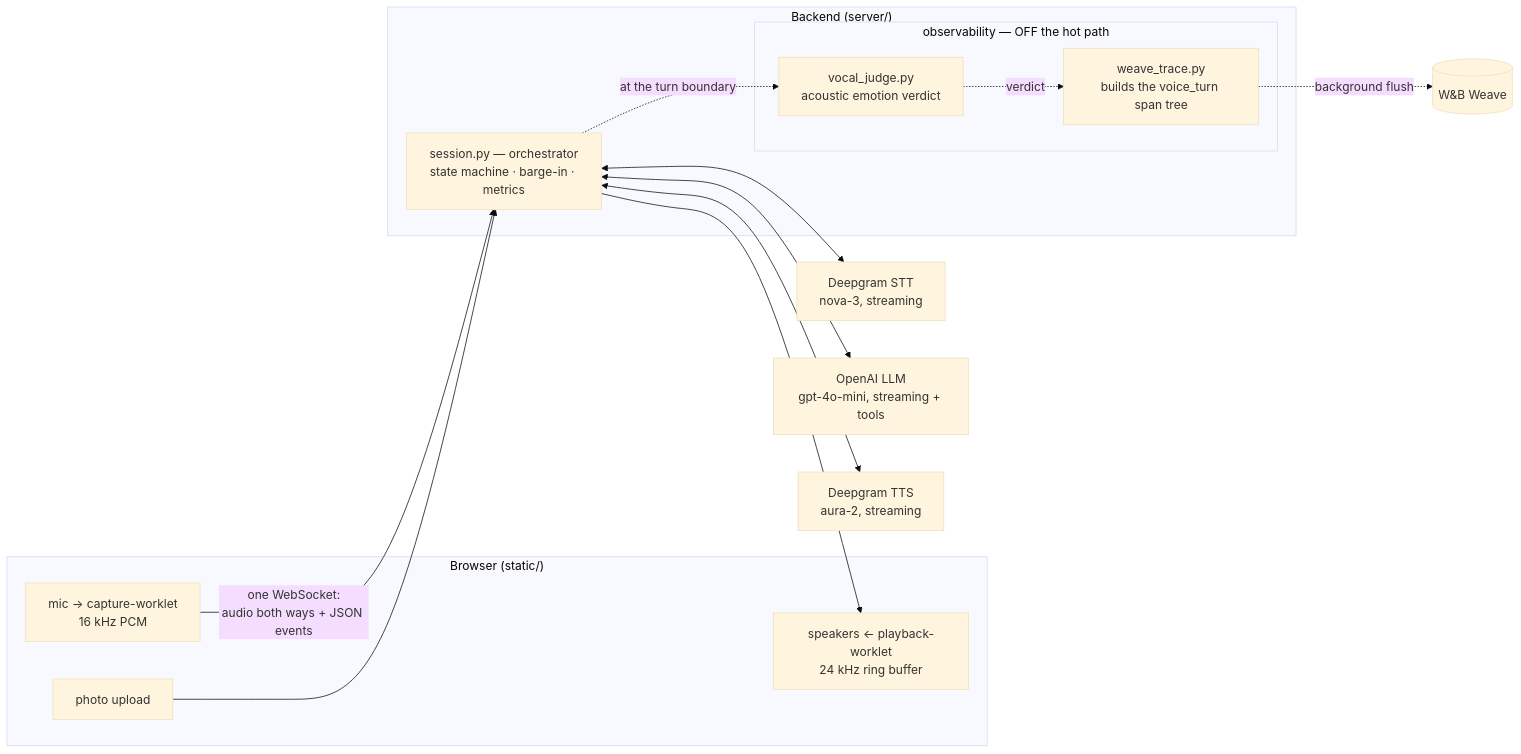
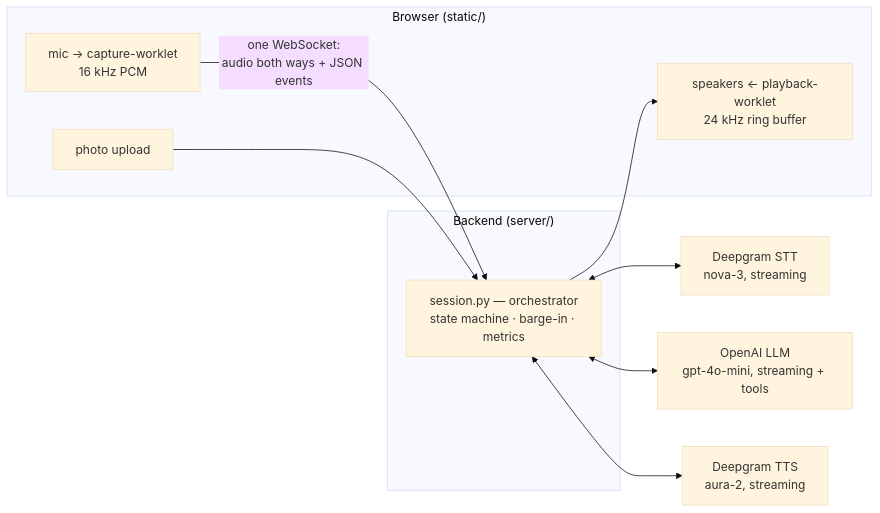
The first of 2 diagrams in docs/05-architecture.md (jbutt-wandb/voice_repair_agent), drawn with Mermaid (base theme) before and after one commit. The commit also changed other lines of this file and 6 other files, not shown here.

First line of the commit message:
wb_free: Weave off by default, W&B removed from all docs

````diff
--- a/docs/05-architecture.md
+++ b/docs/05-architecture.md
@@ -17,31 +15,23 @@
 ```mermaid
 flowchart LR
     subgraph Browser["Browser (static/)"]
         MIC["mic → capture-worklet<br/>16 kHz PCM"]
         SPK["speakers ← playback-worklet<br/>24 kHz ring buffer"]
         CAM["photo upload"]
     end
 
     subgraph Server["Backend (server/)"]
         S["session.py — orchestrator<br/>state machine · barge-in · metrics"]
-        subgraph Obs["observability — OFF the hot path"]
-            VJ["vocal_judge.py<br/>acoustic emotion verdict"]
-            WT["weave_trace.py<br/>builds the voice_turn span tree"]
-        end
     end
 
     STT["Deepgram STT<br/>nova-3, streaming"]
     LLM["OpenAI LLM<br/>gpt-4o-mini, streaming + tools"]
     TTS["Deepgram TTS<br/>aura-2, streaming"]
-    WB[("W&amp;B Weave")]
 
     MIC -- "one WebSocket:<br/>audio both ways + JSON events" --> S
     CAM --> S
     S --> SPK
     S <--> STT
     S <--> LLM
     S <--> TTS
-    S -. "at the turn boundary" .-> VJ
-    VJ -. "verdict" .-> WT
-    WT -. "background flush" .-> WB
 ```
````
